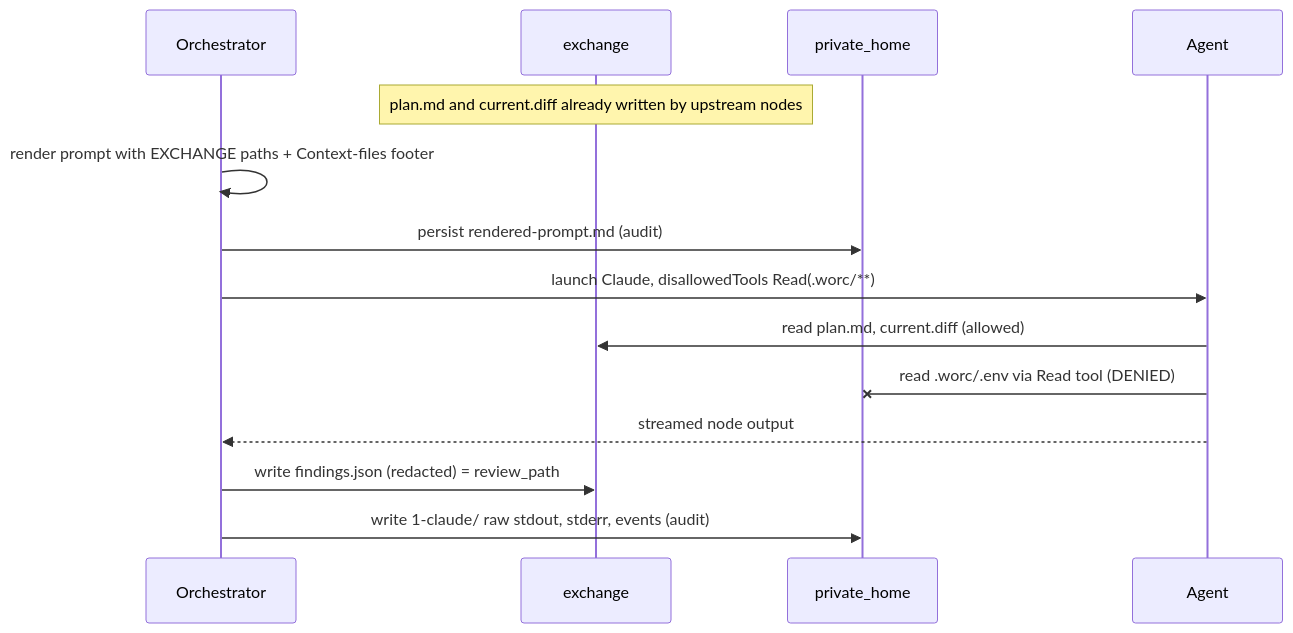
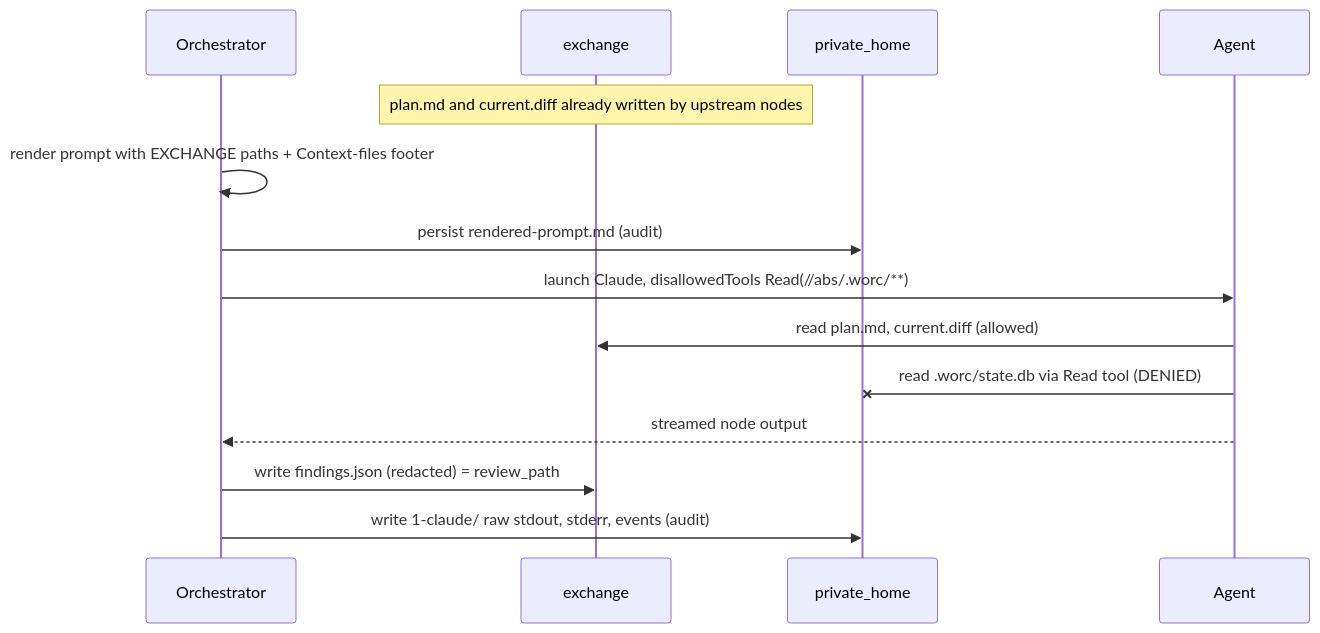
One commit to VladimirMakarevich/wastech-orchestrator changed the third of 3 diagrams in docs/backlog/agent-worc-read-isolation/happy-path.md. Above: the diagram before and after it, drawn with Mermaid. The commit also changed other lines of this file and 7 other files, not shown here.

````diff
--- a/docs/backlog/agent-worc-read-isolation/happy-path.md
+++ b/docs/backlog/agent-worc-read-isolation/happy-path.md
@@ -192,17 +213,17 @@
 ```mermaid
 sequenceDiagram
     participant O as Orchestrator
     participant EX as exchange
     participant PH as private_home
     participant A as Agent
 
     Note over EX: plan.md and current.diff already written by upstream nodes
     O->>O: render prompt with EXCHANGE paths + Context-files footer
     O->>PH: persist rendered-prompt.md (audit)
-    O->>A: launch Claude, disallowedTools Read(.worc/**)
+    O->>A: launch Claude, disallowedTools Read(//abs/.worc/**)
     A->>EX: read plan.md, current.diff (allowed)
-    A-xPH: read .worc/.env via Read tool (DENIED)
+    A-xPH: read .worc/state.db via Read tool (DENIED)
     A-->>O: streamed node output
     O->>EX: write findings.json (redacted) = review_path
     O->>PH: write 1-claude/ raw stdout, stderr, events (audit)
 ```
````
